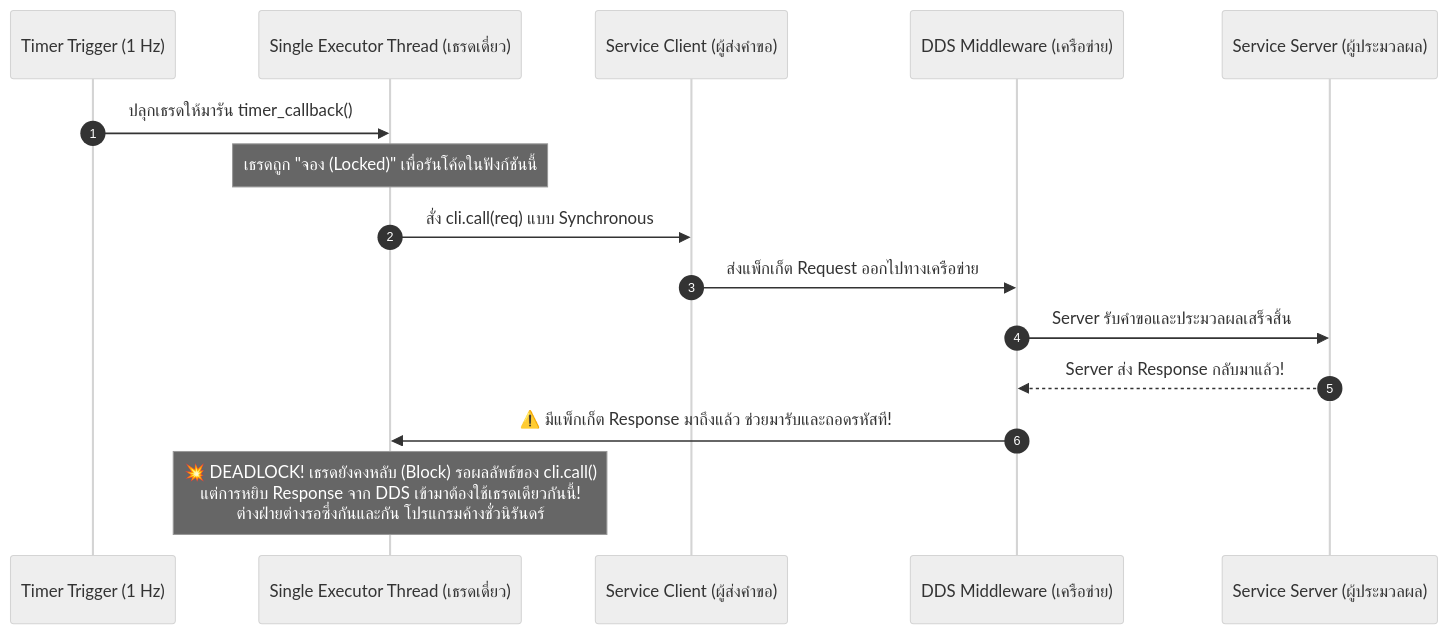
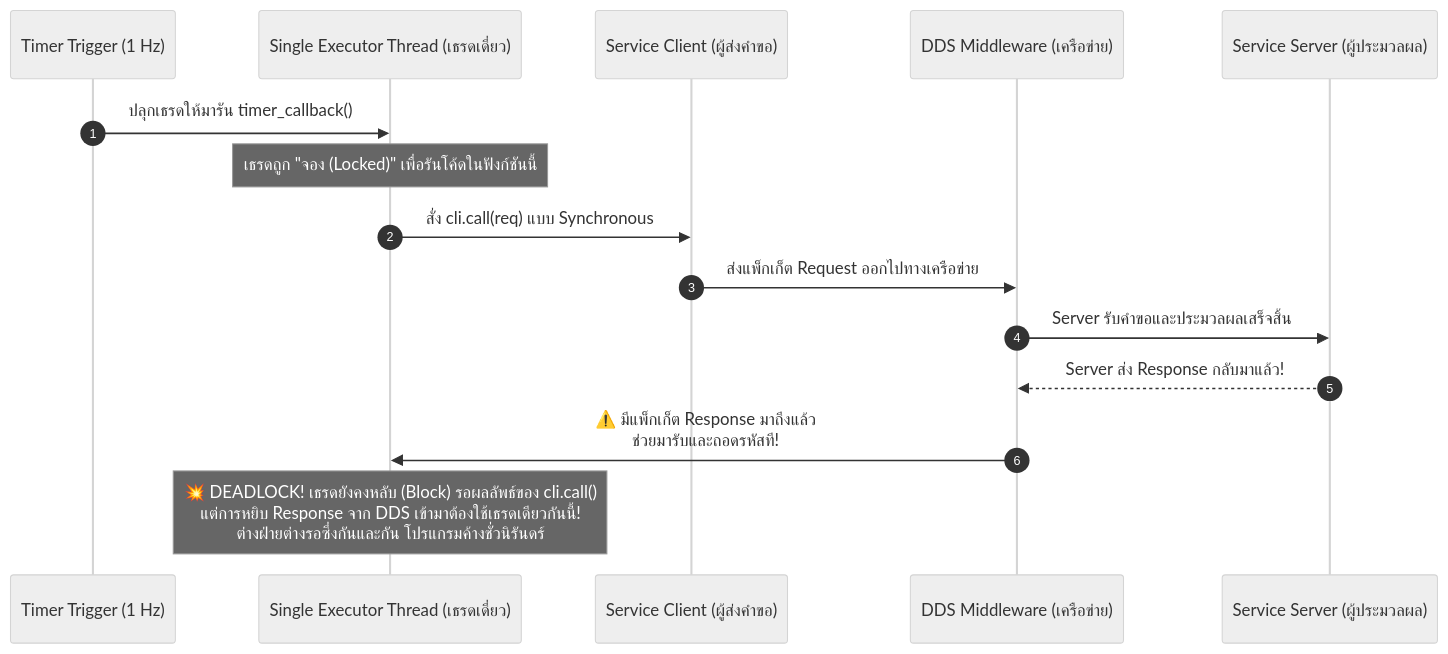
One commit to alfaXphoori/ros2 changed the diagram in docs/diagrams/src/essential-w03-02.mmd. Above: the diagram before and after it, drawn with Mermaid (neutral theme). The commit also changed 57 other files, not shown here.

Commit message:
docs(diagrams): stack wide flowcharts vertically for crisp readability on GitHub

```diff
--- a/docs/diagrams/src/essential-w03-02.mmd
+++ b/docs/diagrams/src/essential-w03-02.mmd
@@ -1,17 +1,17 @@
 sequenceDiagram
     autonumber
     participant Timer as Timer Trigger (1 Hz)
     participant Thread as Single Executor Thread (เธรดเดี่ยว)
     participant Client as Service Client (ผู้ส่งคำขอ)
     participant DDSNet as DDS Middleware (เครือข่าย)
     participant Server as Service Server (ผู้ประมวลผล)
 
     Timer->>Thread: ปลุกเธรดให้มารัน timer_callback()
     Note over Thread: เธรดถูก "จอง (Locked)" เพื่อรันโค้ดในฟังก์ชันนี้
     Thread->>Client: สั่ง cli.call(req) แบบ Synchronous
     Client->>DDSNet: ส่งแพ็กเก็ต Request ออกไปทางเครือข่าย
     DDSNet->>Server: Server รับคำขอและประมวลผลเสร็จสิ้น
     Server-->>DDSNet: Server ส่ง Response กลับมาแล้ว!
-    DDSNet->>Thread: ⚠️ มีแพ็กเก็ต Response มาถึงแล้ว ช่วยมารับและถอดรหัสที!
+    DDSNet->>Thread: ⚠️ มีแพ็กเก็ต Response มาถึงแล้ว<br/>ช่วยมารับและถอดรหัสที!
 
     Note over Thread: 💥 DEADLOCK! เธรดยังคงหลับ (Block) รอผลลัพธ์ของ cli.call()<br/>แต่การหยิบ Response จาก DDS เข้ามาต้องใช้เธรดเดียวกันนี้!<br/>ต่างฝ่ายต่างรอซึ่งกันและกัน โปรแกรมค้างชั่วนิรันดร์
```
